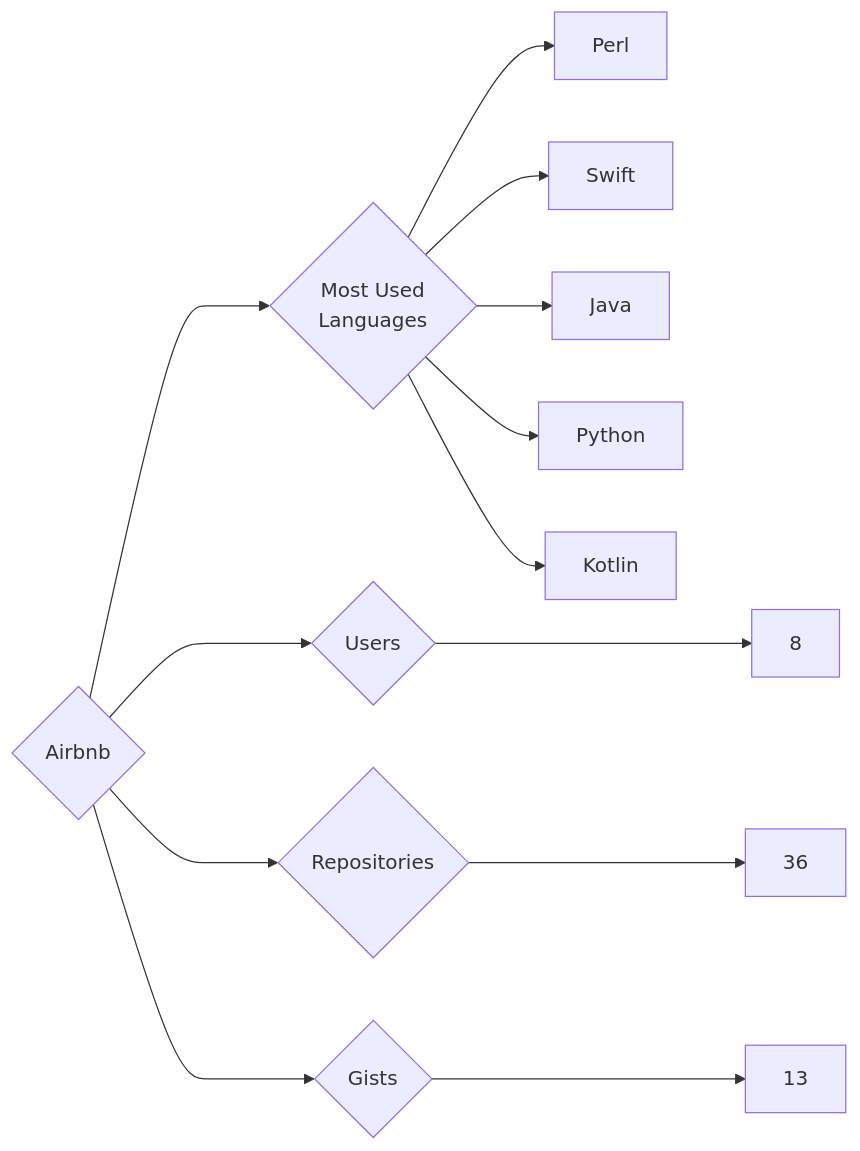
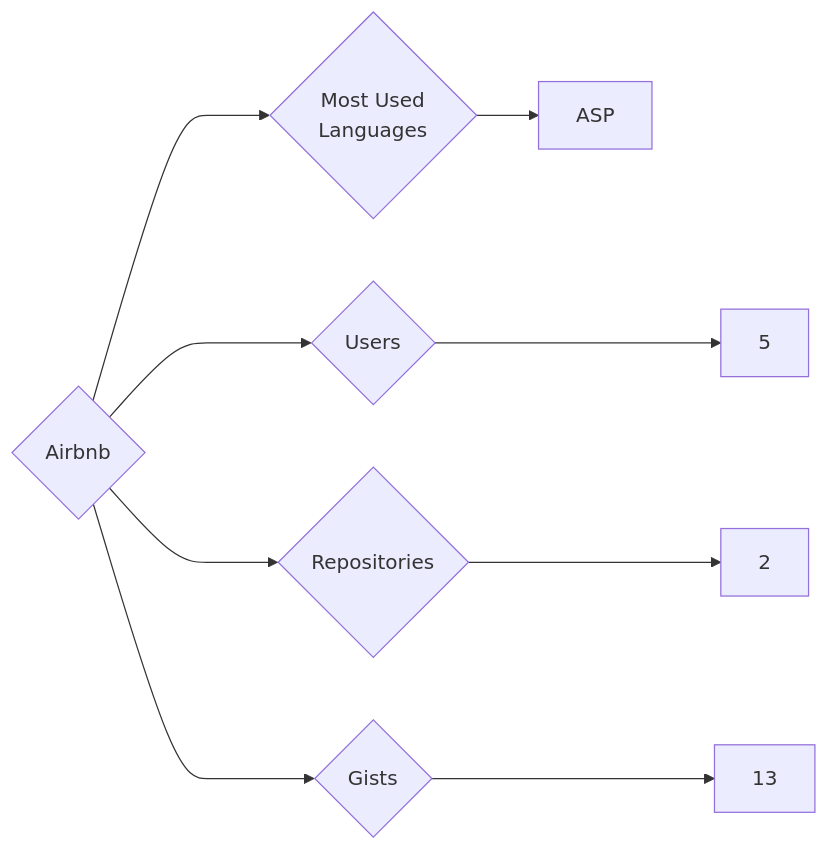
The diagram in targets/Airbnb/README.md (trickest/insiders), drawn with Mermaid before and after one commit. The commit also changed 997 other files, not shown here.

````diff
--- a/targets/Airbnb/README.md
+++ b/targets/Airbnb/README.md
@@ -3,13 +3,9 @@
 ```mermaid
 graph LR
 COMPANY_NAME{Airbnb}
-COMPANY_NAME ---> U{Users} ---> UN[8]
-COMPANY_NAME ---> R{Repositories} ---> RN[36]
+COMPANY_NAME ---> U{Users} ---> UN[5]
+COMPANY_NAME ---> R{Repositories} ---> RN[2]
 COMPANY_NAME ---> G{Gists} ---> GN[13]
 COMPANY_NAME ---> ML{Most Used<br>Languages}
-ML --> Perl[Perl]
-ML --> Swift[Swift]
-ML --> Java[Java]
-ML --> Python[Python]
-ML --> Kotlin[Kotlin]
+ML --> ASP[ASP]
 ```
````
